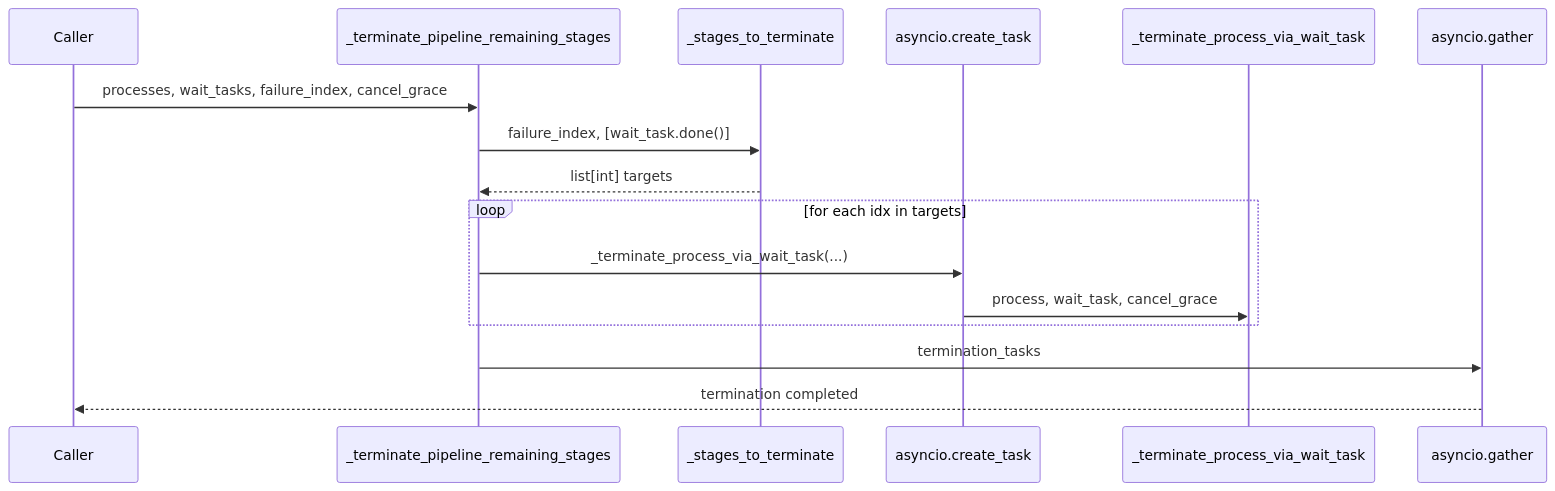
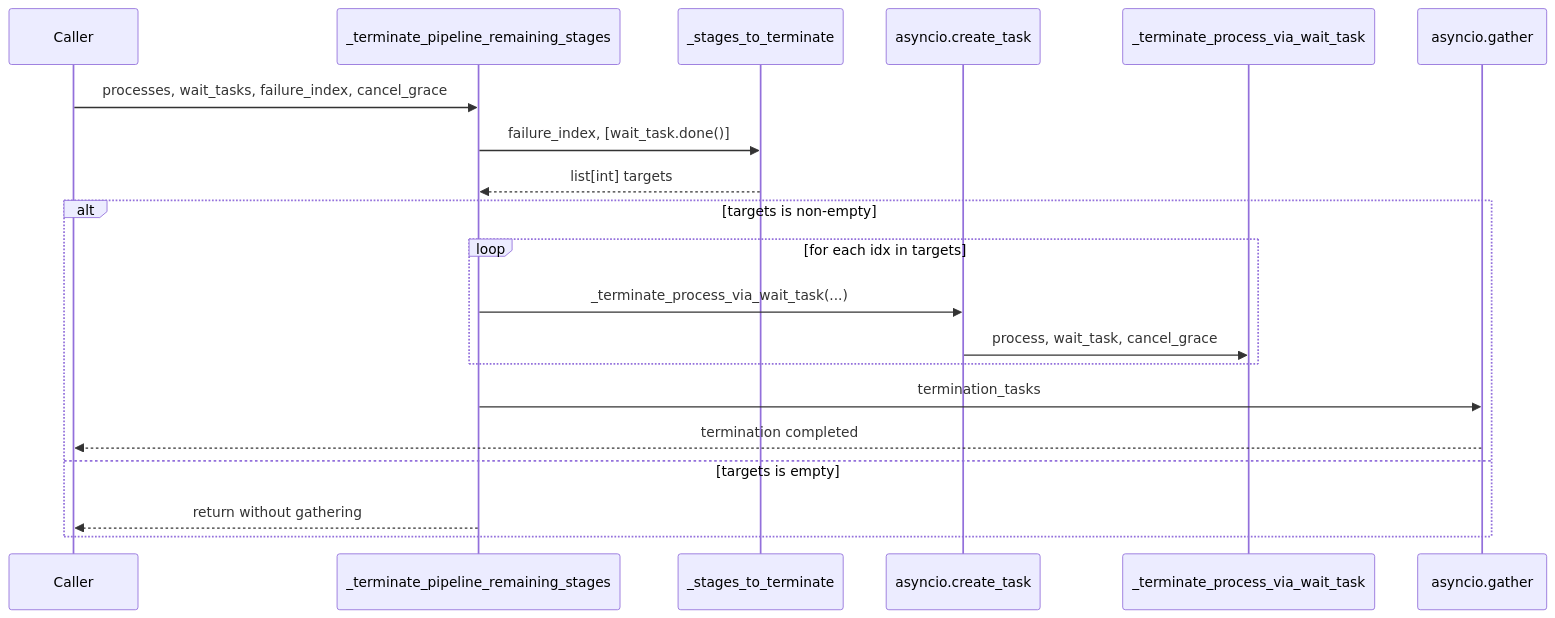
Before and after one commit to leynos/cuprum: the fourth of 10 diagrams in docs/cuprum-design.md, drawn with Mermaid. The commit also changed other lines of this file, not shown here.

Commit message:
Correct the argument order and gather guard in Figures 4 and 5
Two diagram inaccuracies against the code they document.

Figure 4 showed the caller passing `exc, ctx` to
`_handle_subprocess_timeout`, which takes `ctx, exc`. A sequence diagram
that inverts a signature is worse than no diagram, because a reader trusts
it over the source.

Figure 5 showed `asyncio.gather` unconditionally, but
`_terminate_pipeline_remaining_stages` only gathers when
`termination_tasks` is non-empty. The screen-reader description already
documented that guard, so the diagram contradicted the prose beside it.
Add the alternate branch so the empty-target case — every other stage
already settled, which is the idempotent second pass — is visible.

````diff
--- a/docs/cuprum-design.md
+++ b/docs/cuprum-design.md
@@ -1219,19 +1219,23 @@
 ```mermaid
 sequenceDiagram
     participant Caller
     participant _terminate_pipeline_remaining_stages
     participant _stages_to_terminate
     participant asyncio_create_task as asyncio.create_task
     participant _terminate_process_via_wait_task
     participant asyncio_gather as asyncio.gather
 
     Caller->>_terminate_pipeline_remaining_stages: processes, wait_tasks, failure_index, cancel_grace
     _terminate_pipeline_remaining_stages->>_stages_to_terminate: failure_index, [wait_task.done()]
     _stages_to_terminate-->>_terminate_pipeline_remaining_stages: list[int] targets
-    loop for each idx in targets
-        _terminate_pipeline_remaining_stages->>asyncio_create_task: _terminate_process_via_wait_task(...)
-        asyncio_create_task->>_terminate_process_via_wait_task: process, wait_task, cancel_grace
+    alt targets is non-empty
+        loop for each idx in targets
+            _terminate_pipeline_remaining_stages->>asyncio_create_task: _terminate_process_via_wait_task(...)
+            asyncio_create_task->>_terminate_process_via_wait_task: process, wait_task, cancel_grace
+        end
+        _terminate_pipeline_remaining_stages->>asyncio_gather: termination_tasks
+        asyncio_gather-->>Caller: termination completed
+    else targets is empty
+        _terminate_pipeline_remaining_stages-->>Caller: return without gathering
     end
-    _terminate_pipeline_remaining_stages->>asyncio_gather: termination_tasks
-    asyncio_gather-->>Caller: termination completed
 ```
````
